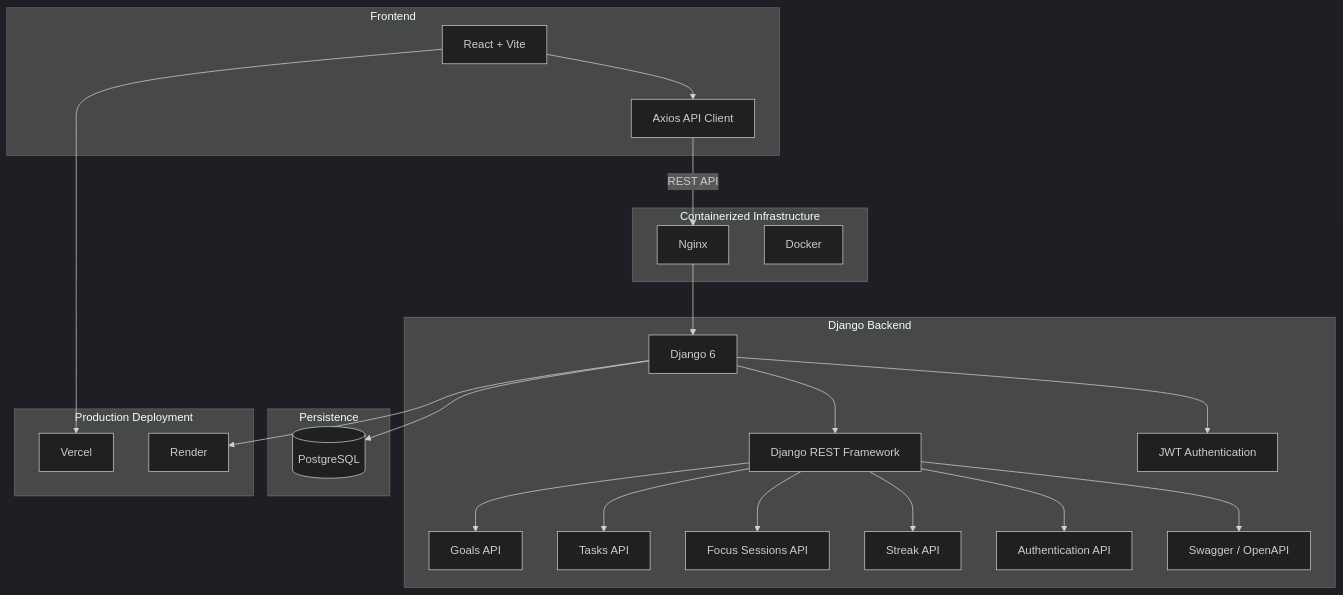
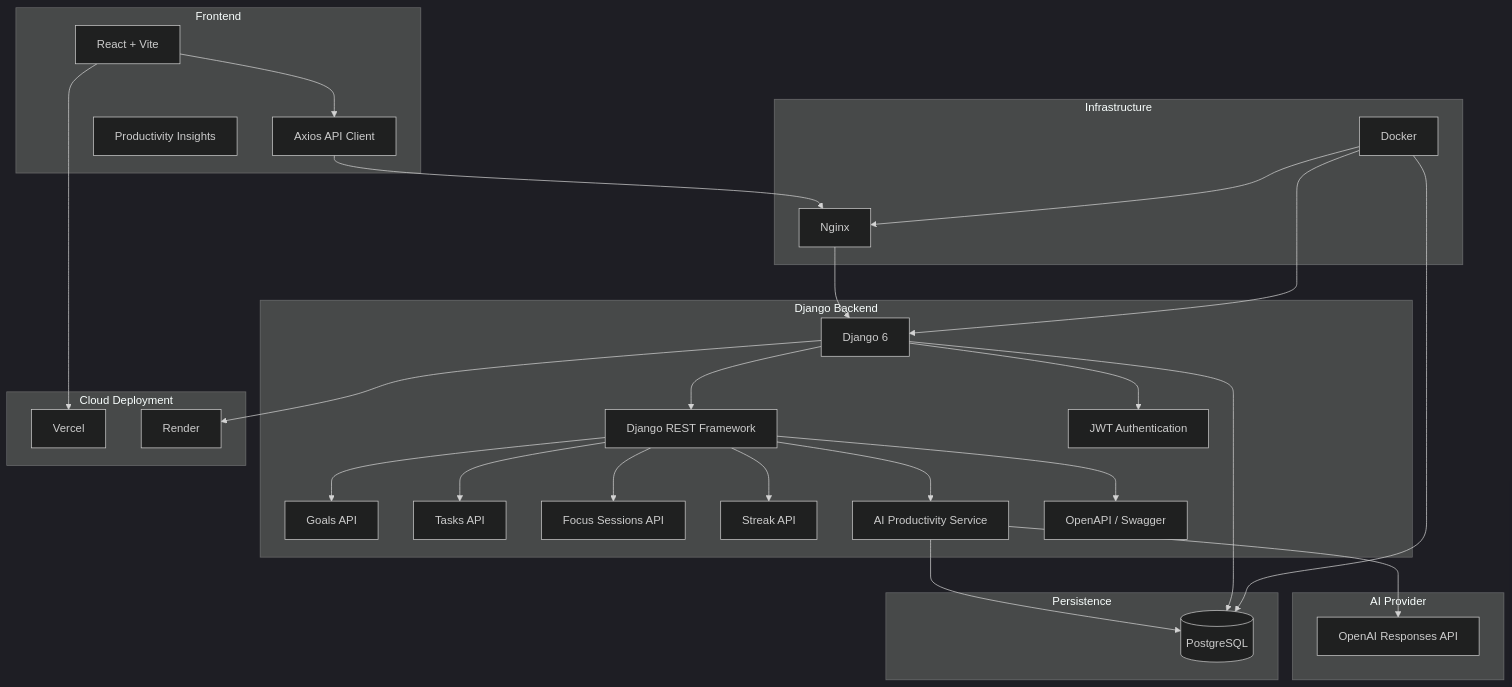
One commit to tendocalvin1/FocusFlow changed the diagram in readme.md. Above: the diagram before and after it, drawn with Mermaid (dark theme). The commit also changed other lines of this file, not shown here.

Commit message:
feat: enhance README with AI productivity coach details and system architecture updates

````diff
--- a/readme.md
+++ b/readme.md
@@ -334,53 +502,65 @@
 ```mermaid
 graph TD
 
     subgraph Client["Frontend"]
         A["React + Vite"]
         B["Axios API Client"]
+        C["Productivity Insights"]
     end
 
     subgraph Backend["Django Backend"]
-        C["Django 6"]
-        D["Django REST Framework"]
-        E["JWT Authentication"]
-        F["Goals API"]
-        G["Tasks API"]
-        H["Focus Sessions API"]
-        I["Streak API"]
-        J["Authentication API"]
-        K["Swagger / OpenAPI"]
+        D["Django 6"]
+        E["Django REST Framework"]
+        F["JWT Authentication"]
+        G["Goals API"]
+        H["Tasks API"]
+        I["Focus Sessions API"]
+        J["Streak API"]
+        K["AI Productivity Service"]
+        L["OpenAPI / Swagger"]
     end
 
-    subgraph Infrastructure["Containerized Infrastructure"]
-        L["Nginx"]
-        M["Docker"]
+    subgraph AI["AI Provider"]
+        M["OpenAI Responses API"]
+    end
+
+    subgraph Infrastructure["Infrastructure"]
+        N["Nginx"]
+        O["Docker"]
     end
 
     subgraph Database["Persistence"]
-        N[("PostgreSQL")]
+        P[("PostgreSQL")]
     end
 
-    subgraph Deployment["Production Deployment"]
-        O["Vercel"]
-        P["Render"]
+    subgraph Deployment["Cloud Deployment"]
+        Q["Vercel"]
+        R["Render"]
     end
 
     A --> B
-    B -->|REST API| L
-    L --> C
+    B --> N
+    N --> D
 
-    C --> D
-    C --> E
+    D --> E
+    D --> F
 
-    D --> F
-    D --> G
-    D --> H
-    D --> I
-    D --> J
-    D --> K
+    E --> G
+    E --> H
+    E --> I
+    E --> J
+    E --> K
+    E --> L
 
-    C --> N
+    K --> M
+    K --> P
 
-    A --> O
-    C --> P
+    D --> P
+
+    A --> Q
+    D --> R
+
+    O --> N
+    O --> D
+    O --> P
 ```
````
